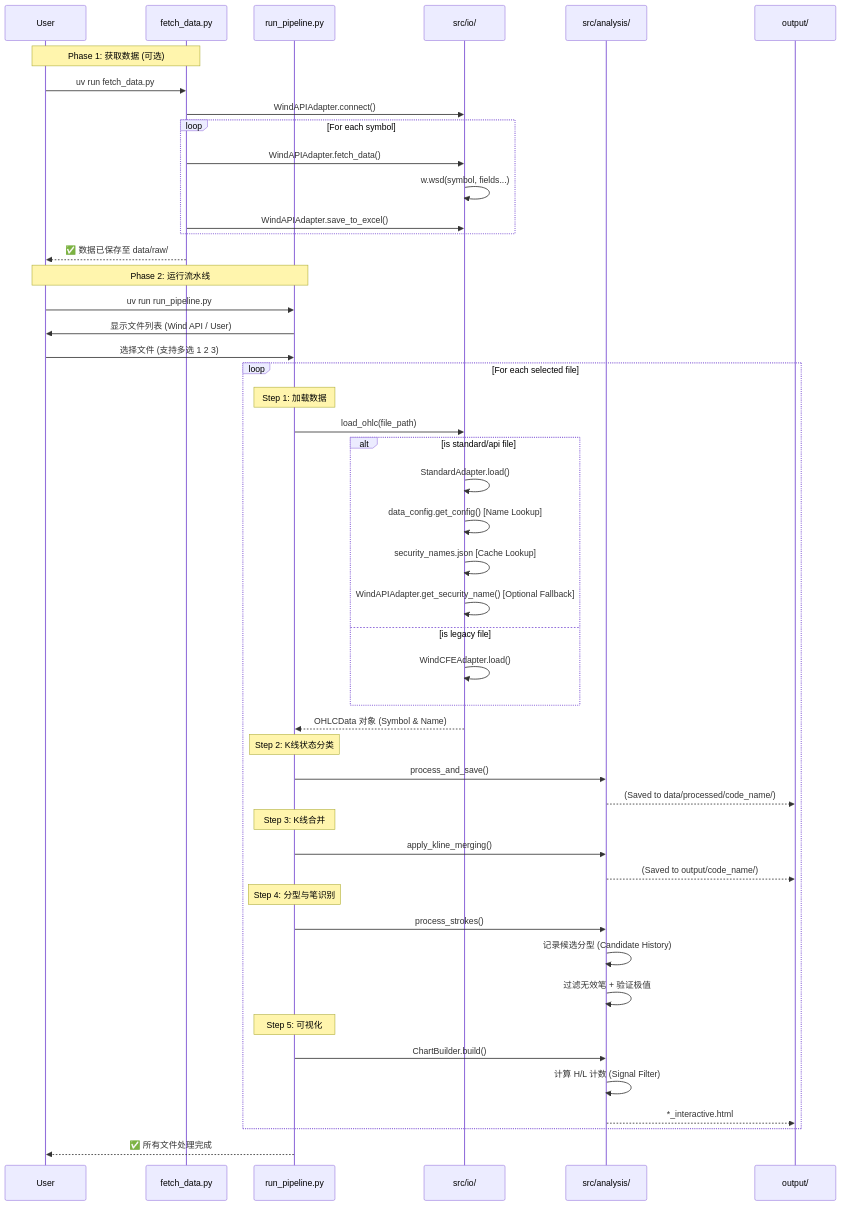
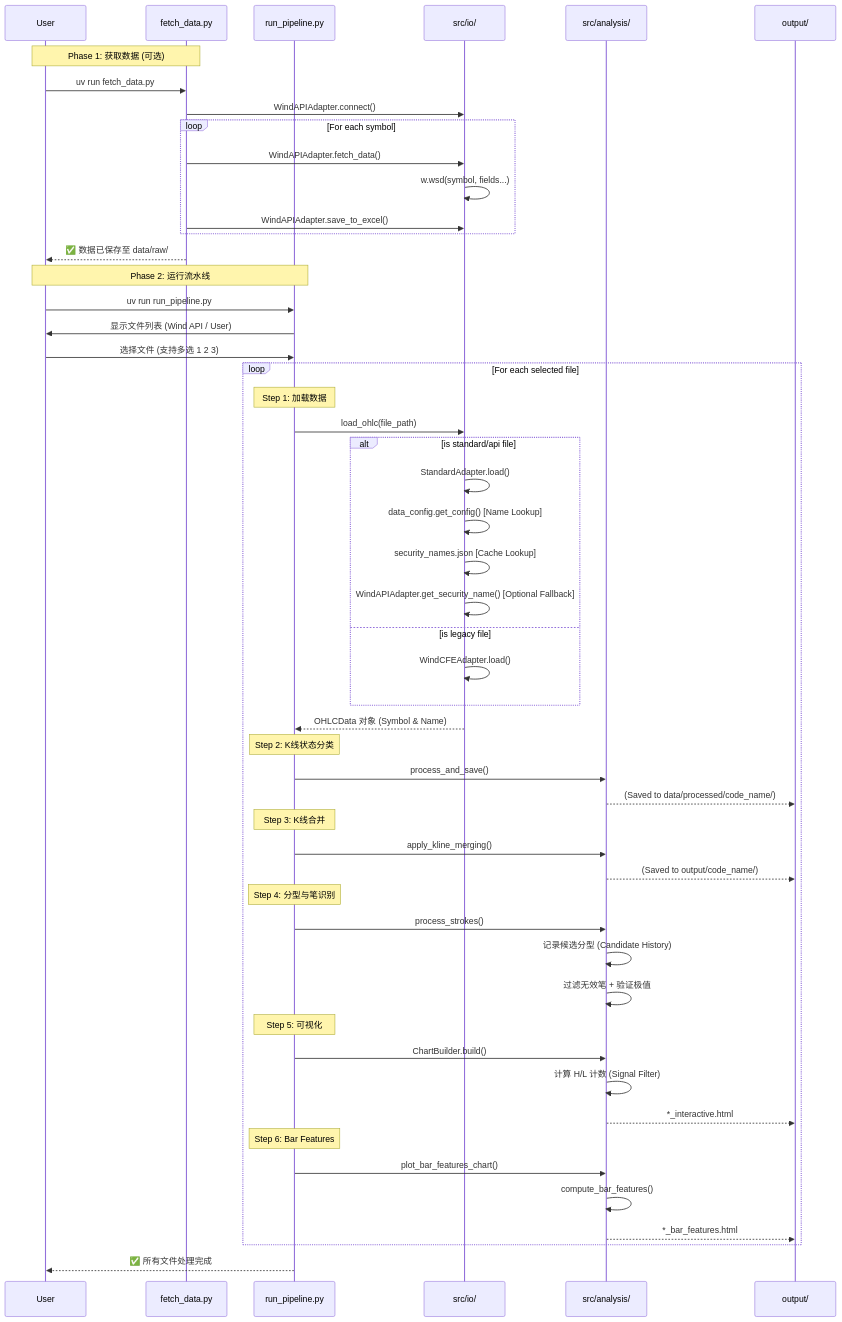
The second of 3 diagrams in docs/workflow.md (terry-an-investor/chart-analysis), drawn with Mermaid before and after one commit. The commit also changed other lines of this file and 11 other files, not shown here.

Commit message:
feat: Add bar feature analysis, interactive visualization, and tests.

````diff
--- a/docs/workflow.md
+++ b/docs/workflow.md
@@ -109,60 +119,65 @@
 ```mermaid
 sequenceDiagram
     participant User
     participant Fetch as fetch_data.py
     participant Pipeline as run_pipeline.py
     participant IO as src/io/
     participant Analysis as src/analysis/
     participant Output as output/
     
     %% Phase 1: Data Fetching
     Note over User, Fetch: Phase 1: 获取数据 (可选)
     User->>Fetch: uv run fetch_data.py
     Fetch->>IO: WindAPIAdapter.connect()
     loop For each symbol
         Fetch->>IO: WindAPIAdapter.fetch_data()
         IO->>IO: w.wsd(symbol, fields...)
         Fetch->>IO: WindAPIAdapter.save_to_excel()
     end
     Fetch-->>User: ✅ 数据已保存至 data/raw/
     
     %% Phase 2: Analysis Pipeline
     Note over User, Pipeline: Phase 2: 运行流水线
     User->>Pipeline: uv run run_pipeline.py
     Pipeline->>User: 显示文件列表 (Wind API / User)
     User->>Pipeline: 选择文件 (支持多选 1 2 3)
     
     loop For each selected file
         Note over Pipeline: Step 1: 加载数据
         Pipeline->>IO: load_ohlc(file_path)
         alt is standard/api file
             IO->>IO: StandardAdapter.load()
             IO->>IO: data_config.get_config() [Name Lookup]
             IO->>IO: security_names.json [Cache Lookup]
             IO->>IO: WindAPIAdapter.get_security_name() [Optional Fallback]
         else is legacy file
             IO->>IO: WindCFEAdapter.load()
         end
         IO-->>Pipeline: OHLCData 对象 (Symbol & Name)
         
         Note over Pipeline: Step 2: K线状态分类
         Pipeline->>Analysis: process_and_save()
         Analysis-->>Output: (Saved to data/processed/code_name/)
         
         Note over Pipeline: Step 3: K线合并
         Pipeline->>Analysis: apply_kline_merging()
         Analysis-->>Output: (Saved to output/code_name/)
         
         Note over Pipeline: Step 4: 分型与笔识别
         Pipeline->>Analysis: process_strokes()
         Analysis->>Analysis: 记录候选分型 (Candidate History)
         Analysis->>Analysis: 过滤无效笔 + 验证极值
         
         Note over Pipeline: Step 5: 可视化
         Pipeline->>Analysis: ChartBuilder.build()
         Analysis->>Analysis: 计算 H/L 计数 (Signal Filter)
         Analysis-->>Output: *_interactive.html
+        
+        Note over Pipeline: Step 6: Bar Features
+        Pipeline->>Analysis: plot_bar_features_chart()
+        Analysis->>Analysis: compute_bar_features()
+        Analysis-->>Output: *_bar_features.html
     end
     
     Pipeline-->>User: ✅ 所有文件处理完成
 ```
````
